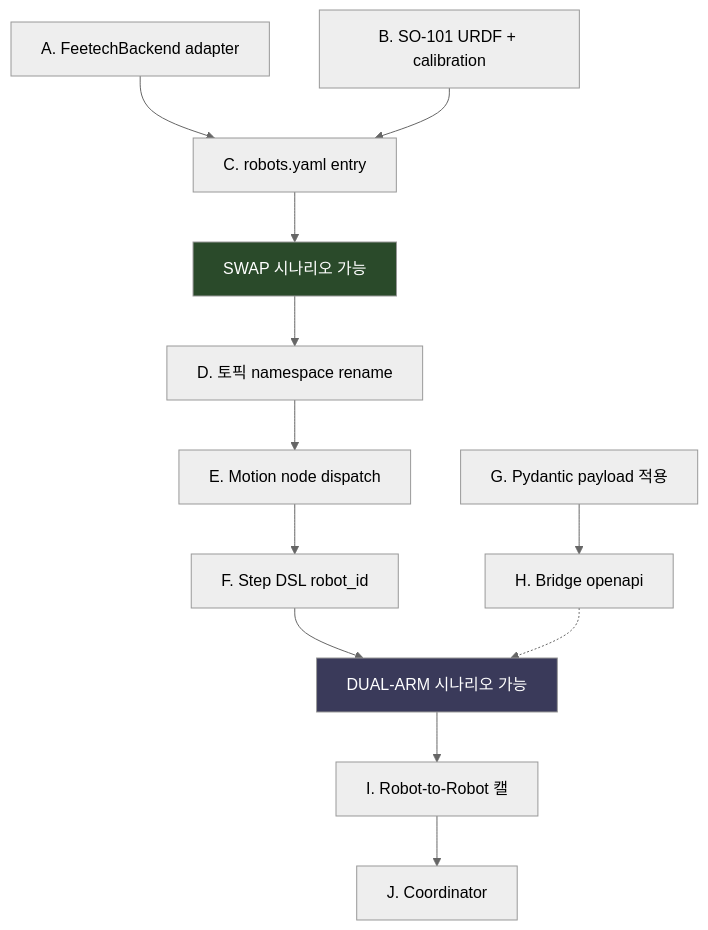
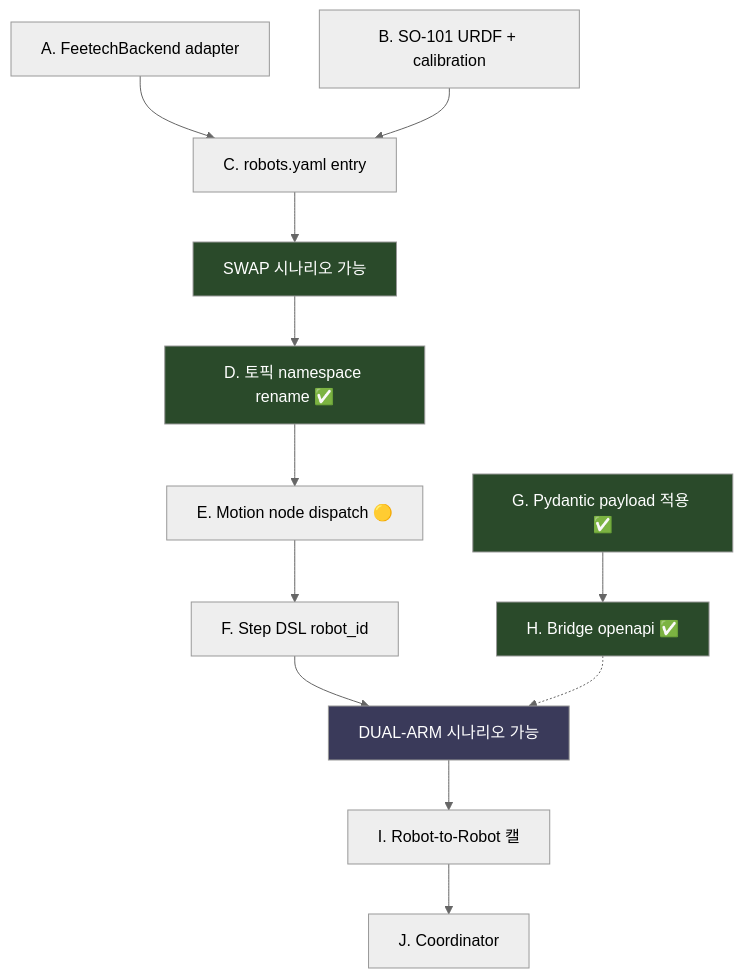
Before and after one commit to zzingobomi/horibot: the tenth of 10 diagrams in docs/multi_robot_walkthrough.md, drawn with Mermaid (neutral theme). The commit also changed other lines of this file and 26 other files, not shown here.

````diff
--- a/docs/multi_robot_walkthrough.md
+++ b/docs/multi_robot_walkthrough.md
@@ -516,28 +538,31 @@
 ```mermaid
 graph TB
     A["A. FeetechBackend adapter"]
     B["B. SO-101 URDF + calibration"]
     C["C. robots.yaml entry"]
-    D["D. 토픽 namespace rename"]
-    E["E. Motion node dispatch"]
+    D["D. 토픽 namespace rename ✅"]
+    E["E. Motion node dispatch 🟡"]
     F["F. Step DSL robot_id"]
-    G["G. Pydantic payload 적용"]
-    H["H. Bridge openapi"]
+    G["G. Pydantic payload 적용 ✅"]
+    H["H. Bridge openapi ✅"]
     I["I. Robot-to-Robot 캘"]
     J["J. Coordinator"]
 
     A --> C
     B --> C
     C --> SWAP["SWAP 시나리오 가능"]
     SWAP --> D
     D --> E
     E --> F
     F --> DUAL["DUAL-ARM 시나리오 가능"]
     G --> H
     H -.-> DUAL
     DUAL --> I
     I --> J
 
     style SWAP fill:#2a4a2a,color:#fff
     style DUAL fill:#3a3a5a,color:#fff
+    style D fill:#2a4a2a,color:#fff
+    style G fill:#2a4a2a,color:#fff
+    style H fill:#2a4a2a,color:#fff
 ```
````
